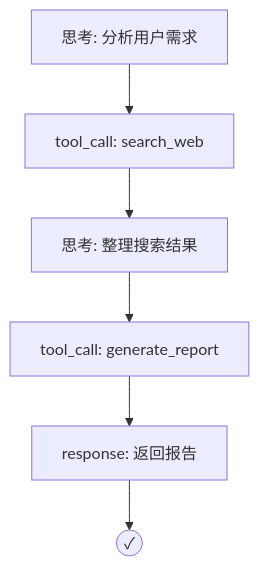
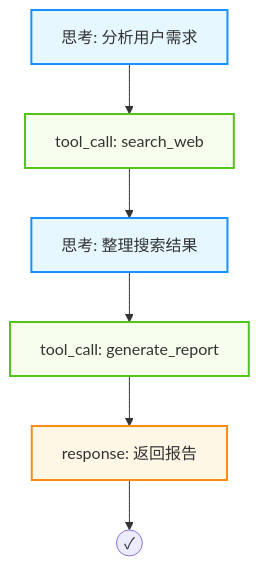
One commit to yeasy/agentic_ai_guide changed the diagram in 07_evolution/7.3_tracing.md. Above: the diagram before and after it, drawn with Mermaid. The commit also changed 36 other files, not shown here.

````diff
--- a/07_evolution/7.3_tracing.md
+++ b/07_evolution/7.3_tracing.md
@@ -261,14 +261,23 @@
 ```mermaid
 graph TD
+    %% Agentic Design System
+    classDef agent fill:#e6f7ff,stroke:#1890ff,stroke-width:2px;
+    classDef tool fill:#f6ffed,stroke:#52c41a,stroke-width:2px;
+    classDef user fill:#fff7e6,stroke:#fa8c16,stroke-width:2px;
+
     S0["思考: 分析用户需求"]
     S1["tool_call: search_web"]
     S2["思考: 整理搜索结果"]
     S3["tool_call: generate_report"]
     S4["response: 返回报告"]
     
     S0 --> S1
     S1 --> S2
     S2 --> S3
     S3 --> S4
     S4 --> SUCCESS(("✓"))
+    
+    class S0,S2 agent;
+    class S1,S3 tool;
+    class S4 user;
 ```
````
